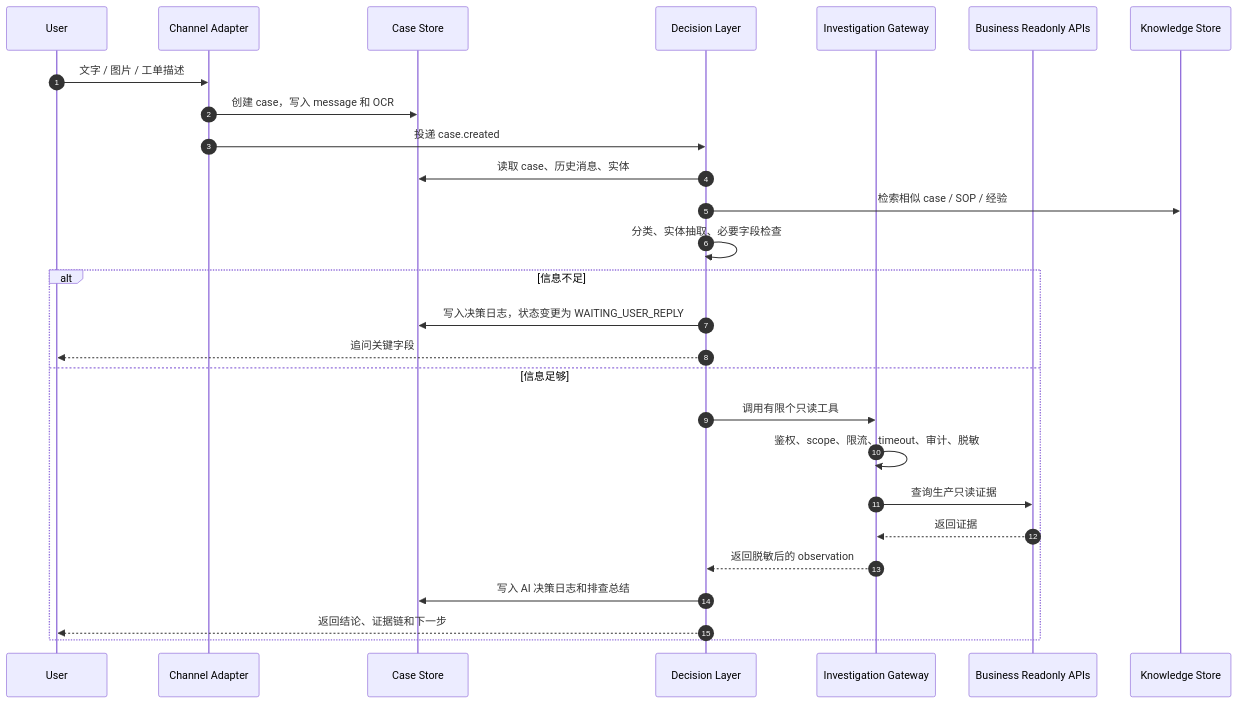
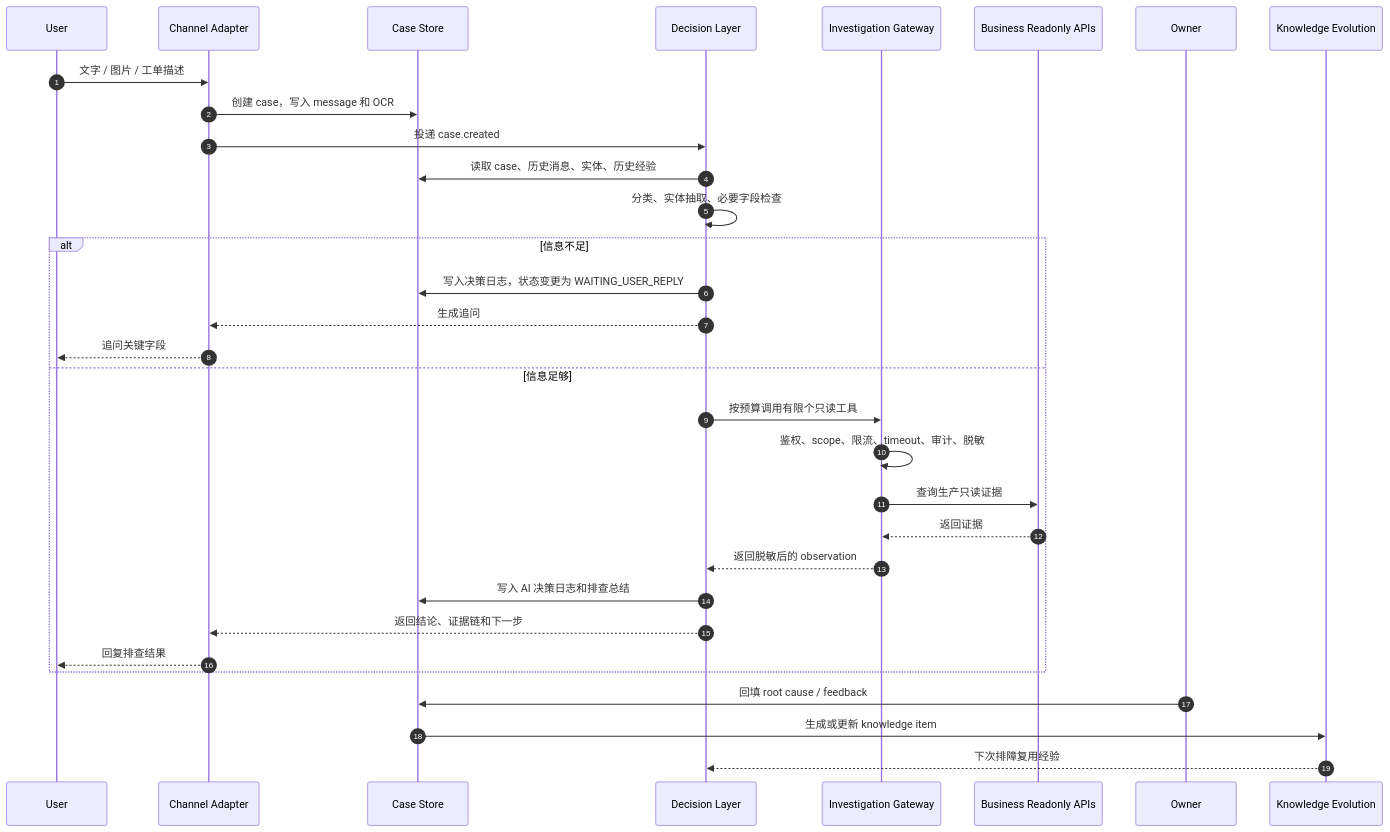
One commit to Nankis/ai-troubleshooter changed the second of 2 diagrams in README.md. Above: the diagram before and after it, drawn with Mermaid. The commit also changed other lines of this file and 1 other file, not shown here.

Commit message:
Simplify architecture diagrams

````diff
--- a/README.md
+++ b/README.md
@@ -158,30 +141,35 @@
 ```mermaid
 sequenceDiagram
   autonumber
   participant U as User
   participant C as Channel Adapter
   participant S as Case Store
   participant D as Decision Layer
   participant G as Investigation Gateway
   participant B as Business Readonly APIs
-  participant K as Knowledge Store
+  participant O as Owner
+  participant K as Knowledge Evolution
 
   U->>C: 文字 / 图片 / 工单描述
   C->>S: 创建 case，写入 message 和 OCR
   C->>D: 投递 case.created
-  D->>S: 读取 case、历史消息、实体
-  D->>K: 检索相似 case / SOP / 经验
+  D->>S: 读取 case、历史消息、实体、历史经验
   D->>D: 分类、实体抽取、必要字段检查
   alt 信息不足
     D->>S: 写入决策日志，状态变更为 WAITING_USER_REPLY
-    D-->>U: 追问关键字段
+    D-->>C: 生成追问
+    C-->>U: 追问关键字段
   else 信息足够
-    D->>G: 调用有限个只读工具
+    D->>G: 按预算调用有限个只读工具
     G->>G: 鉴权、scope、限流、timeout、审计、脱敏
     G->>B: 查询生产只读证据
     B-->>G: 返回证据
     G-->>D: 返回脱敏后的 observation
     D->>S: 写入 AI 决策日志和排查总结
-    D-->>U: 返回结论、证据链和下一步
+    D-->>C: 返回结论、证据链和下一步
+    C-->>U: 回复排查结果
   end
+  O->>S: 回填 root cause / feedback
+  S->>K: 生成或更新 knowledge item
+  K-->>D: 下次排障复用经验
 ```
````
